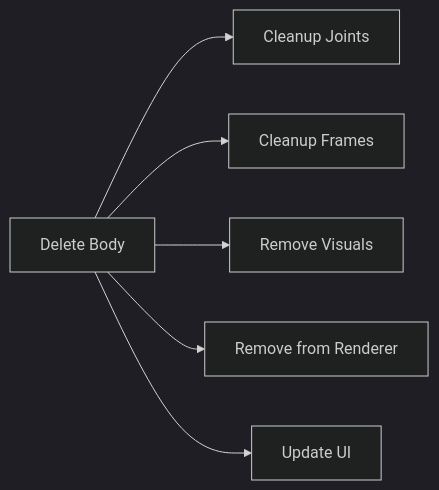
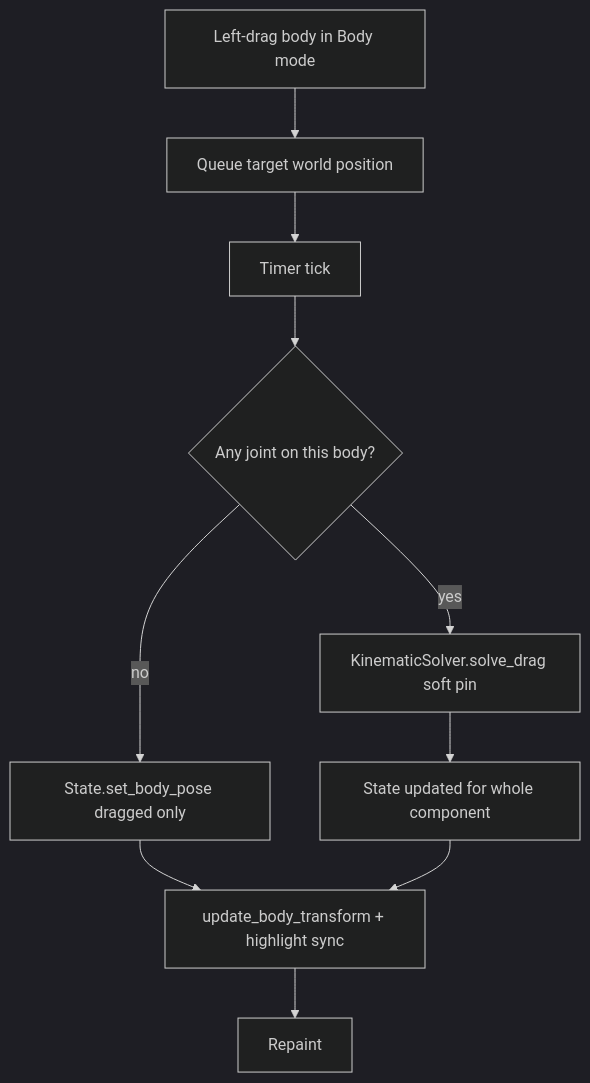
The tenth of 12 diagrams in Documentation/documentation.md (utk11/MBD-PreProcessor), drawn with Mermaid (dark theme) before and after one commit. The commit also changed other lines of this file and 28 other files, not shown here.

Commit message:
kinematic solver

````diff
--- a/Documentation/documentation.md
+++ b/Documentation/documentation.md
@@ -323,8 +551,12 @@
 ```mermaid
-flowchart LR
-    A[Delete Body] --> B[Cleanup Joints]
-    A --> C[Cleanup Frames]
-    A --> D[Remove Visuals]
-    A --> E[Remove from Renderer]
-    A --> F[Update UI]
+flowchart TD
+    A[Left-drag body in Body mode] --> B[Queue target world position]
+    B --> C[Timer tick]
+    C --> D{Any joint on this body?}
+    D -->|no| E[State.set_body_pose dragged only]
+    D -->|yes| F[KinematicSolver.solve_drag soft pin]
+    F --> G[State updated for whole component]
+    E --> H[update_body_transform + highlight sync]
+    G --> H
+    H --> I[Repaint]
 ```
````
